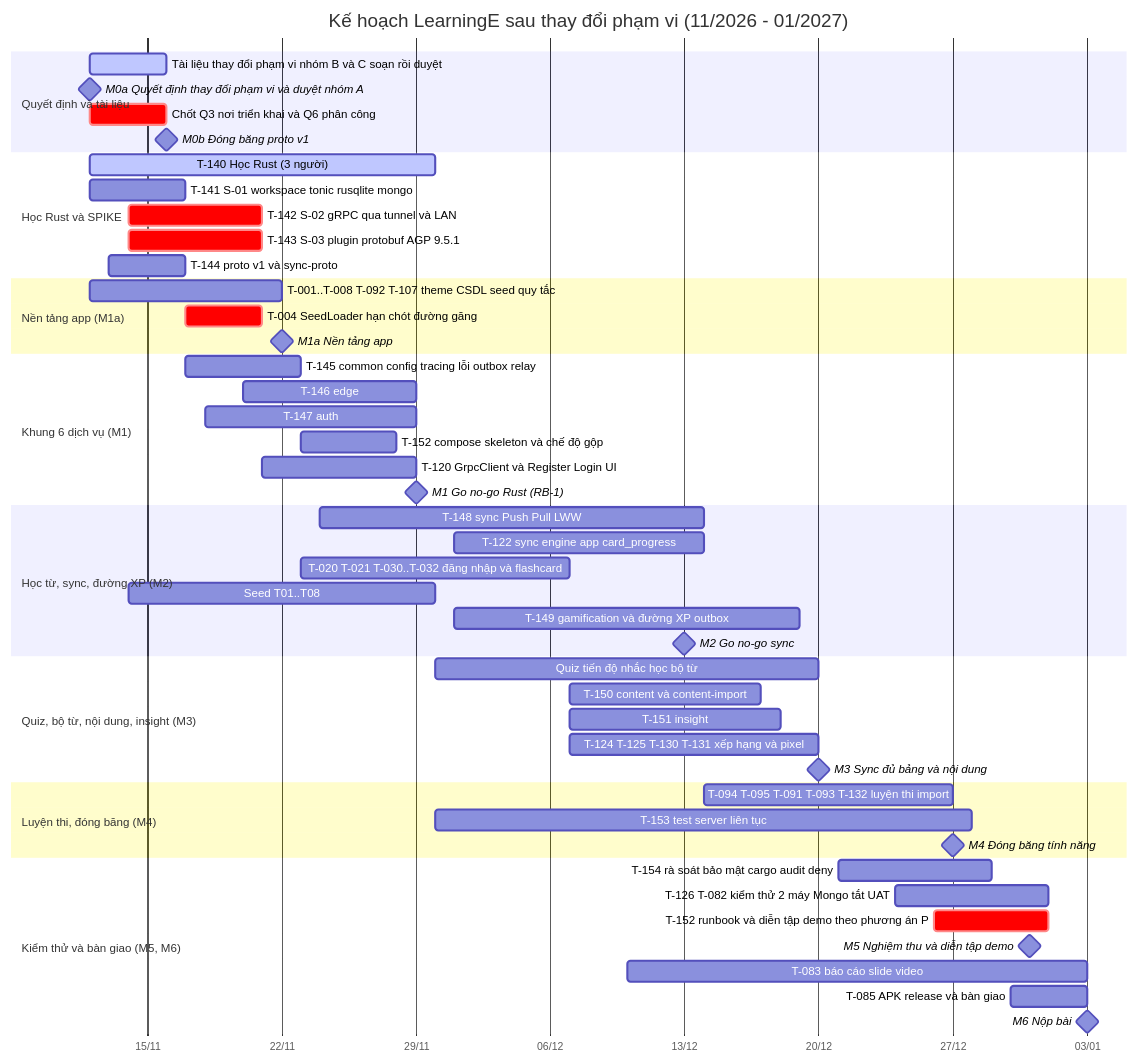
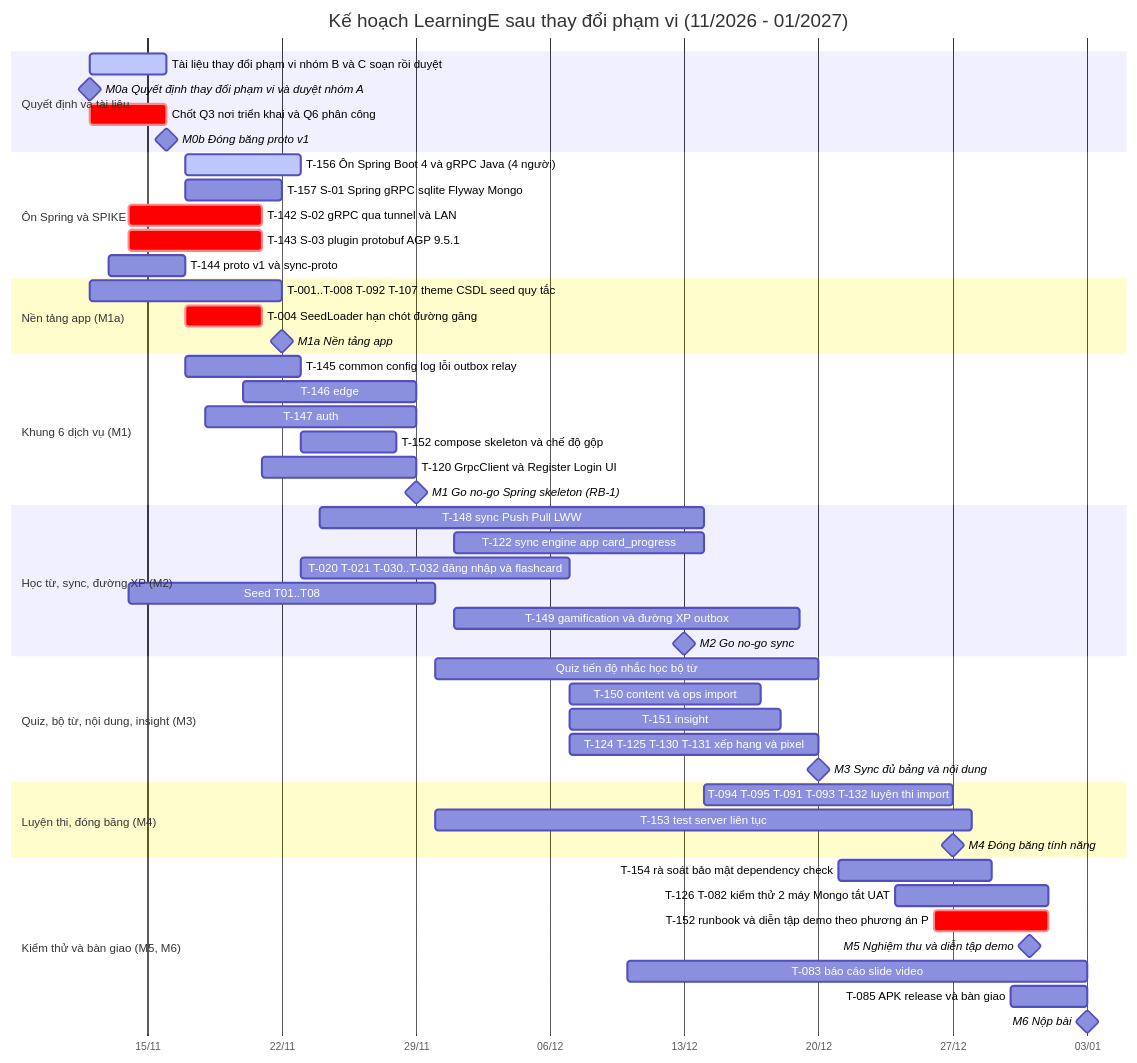
The diagram in docs/project/PROJECT-PLAN.md (at1308033-sketch/LearningE_app), drawn with Mermaid before and after one commit. The commit also changed other lines of this file and 34 other files, not shown here.

````diff
--- a/docs/project/PROJECT-PLAN.md
+++ b/docs/project/PROJECT-PLAN.md
@@ -43,53 +43,53 @@
 ```mermaid
 gantt
   title Kế hoạch LearningE sau thay đổi phạm vi (11/2026 - 01/2027)
   dateFormat YYYY-MM-DD
   axisFormat %d/%m
   section Quyết định và tài liệu
   Tài liệu thay đổi phạm vi nhóm B và C soạn rồi duyệt    :active, d1, 2026-11-12, 4d
   M0a Quyết định thay đổi phạm vi và duyệt nhóm A          :milestone, m0a, 2026-11-12, 0d
   Chốt Q3 nơi triển khai và Q6 phân công         :crit, q36, 2026-11-12, 4d
   M0b Đóng băng proto v1                         :milestone, m0b, 2026-11-16, 0d
-  section Học Rust và SPIKE
-  T-140 Học Rust (3 người)                       :active, a1, 2026-11-12, 18d
-  T-141 S-01 workspace tonic rusqlite mongo      :a2, 2026-11-12, 5d
+  section Ôn Spring và SPIKE
+  T-156 Ôn Spring Boot 4 và gRPC Java (4 người)  :active, a1, 2026-11-17, 6d
+  T-157 S-01 Spring gRPC sqlite Flyway Mongo     :a2, 2026-11-17, 5d
   T-142 S-02 gRPC qua tunnel và LAN              :crit, a3, 2026-11-14, 7d
   T-143 S-03 plugin protobuf AGP 9.5.1           :crit, a4, 2026-11-14, 7d
   T-144 proto v1 và sync-proto                   :a5, 2026-11-13, 4d
   section Nền tảng app (M1a)
   T-001..T-008 T-092 T-107 theme CSDL seed quy tắc :b1, 2026-11-12, 10d
   T-004 SeedLoader hạn chót đường găng           :crit, b2, 2026-11-17, 4d
   M1a Nền tảng app                               :milestone, mm1a, 2026-11-22, 0d
   section Khung 6 dịch vụ (M1)
-  T-145 common config tracing lỗi outbox relay   :c1, 2026-11-17, 6d
+  T-145 common config log lỗi outbox relay   :c1, 2026-11-17, 6d
   T-146 edge                                     :c2, 2026-11-20, 9d
   T-147 auth                                     :c3, 2026-11-18, 11d
   T-152 compose skeleton và chế độ gộp           :c4, 2026-11-23, 5d
   T-120 GrpcClient và Register Login UI          :c5, 2026-11-21, 8d
-  M1 Go no-go Rust (RB-1)                        :milestone, mm1, 2026-11-29, 0d
+  M1 Go no-go Spring skeleton (RB-1)             :milestone, mm1, 2026-11-29, 0d
   section Học từ, sync, đường XP (M2)
   T-148 sync Push Pull LWW                       :d2, 2026-11-24, 20d
   T-122 sync engine app card_progress            :d3, 2026-12-01, 13d
   T-020 T-021 T-030..T-032 đăng nhập và flashcard :d4, 2026-11-23, 14d
   Seed T01..T08                                  :d5, 2026-11-14, 16d
   T-149 gamification và đường XP outbox          :d6, 2026-12-01, 18d
   M2 Go no-go sync                               :milestone, mm2, 2026-12-13, 0d
   section Quiz, bộ từ, nội dung, insight (M3)
   Quiz tiến độ nhắc học bộ từ                    :e1, 2026-11-30, 20d
-  T-150 content và content-import                :e2, 2026-12-07, 10d
+  T-150 content và ops import                  :e2, 2026-12-07, 10d
   T-151 insight                                  :e3, 2026-12-07, 11d
   T-124 T-125 T-130 T-131 xếp hạng và pixel      :e4, 2026-12-07, 13d
   M3 Sync đủ bảng và nội dung                    :milestone, mm3, 2026-12-20, 0d
   section Luyện thi, đóng băng (M4)
   T-094 T-095 T-091 T-093 T-132 luyện thi import :f1, 2026-12-14, 13d
   T-153 test server liên tục                     :f2, 2026-11-30, 28d
   M4 Đóng băng tính năng                         :milestone, mm4, 2026-12-27, 0d
   section Kiểm thử và bàn giao (M5, M6)
-  T-154 rà soát bảo mật cargo audit deny         :g1, 2026-12-21, 8d
+  T-154 rà soát bảo mật dependency check       :g1, 2026-12-21, 8d
   T-126 T-082 kiểm thử 2 máy Mongo tắt UAT       :g2, 2026-12-24, 8d
   T-152 runbook và diễn tập demo theo phương án P :crit, g3, 2026-12-26, 6d
   M5 Nghiệm thu và diễn tập demo                 :milestone, mm5, 2026-12-31, 0d
   T-083 báo cáo slide video                      :g4, 2026-12-10, 24d
   T-085 APK release và bàn giao                  :g5, 2026-12-30, 4d
   M6 Nộp bài                                     :milestone, mm6, 2027-01-03, 0d
 ```
````
